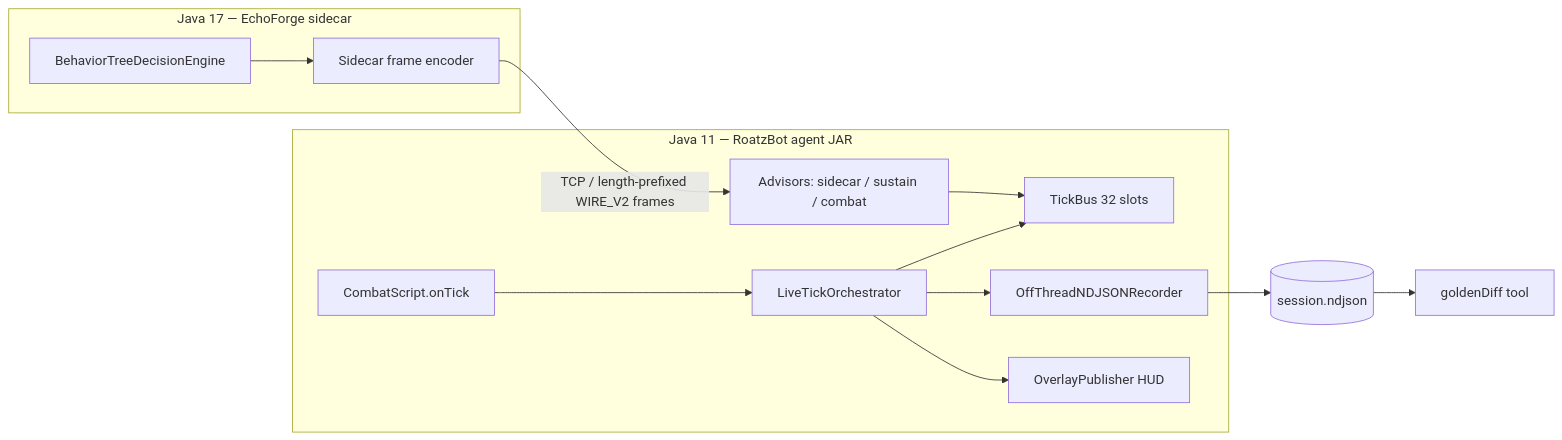
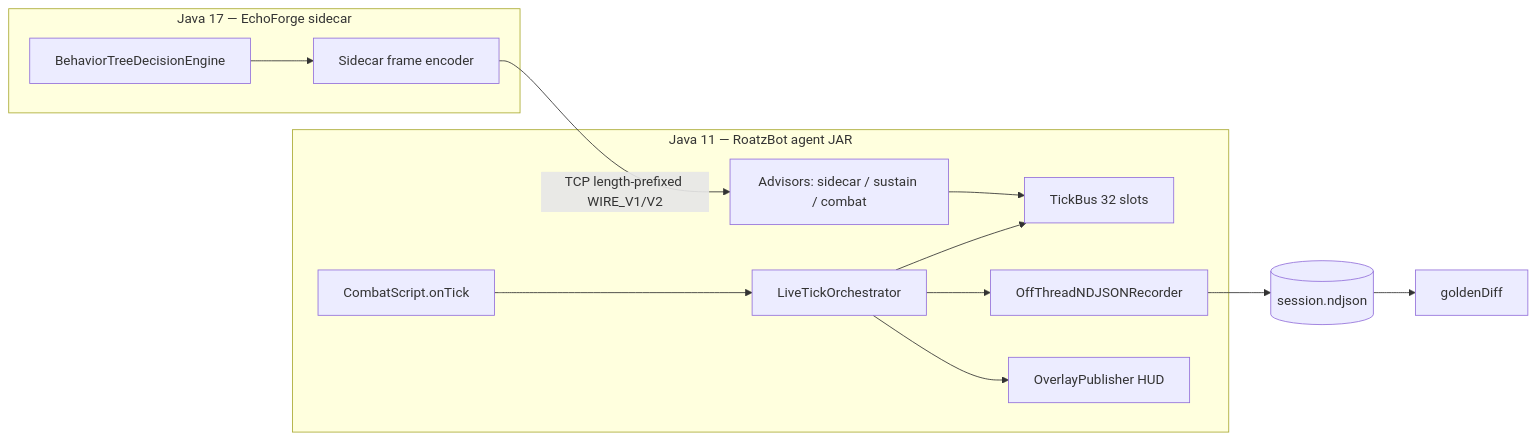
The diagram in docs/roatz-architecture-shareable.md (maxrevenue/maxrevenue), drawn with Mermaid before and after one commit. The commit also changed other lines of this file, not shown here.

Commit message:
Refresh shareable architecture doc for schema v2 and operator gate

````diff
--- a/docs/roatz-architecture-shareable.md
+++ b/docs/roatz-architecture-shareable.md
@@ -25,26 +26,26 @@
 ```mermaid
 flowchart LR
   subgraph J11["Java 11 — RoatzBot agent JAR"]
     CS[CombatScript.onTick]
     TB[LiveTickOrchestrator]
     BUS[TickBus 32 slots]
     ADV[Advisors: sidecar / sustain / combat]
     REC[OffThreadNDJSONRecorder]
     OV[OverlayPublisher HUD]
     CS --> TB
     TB --> BUS
     ADV --> BUS
     TB --> REC
     TB --> OV
   end
 
   subgraph J17["Java 17 — EchoForge sidecar"]
     EF[BehaviorTreeDecisionEngine]
     ENC[Sidecar frame encoder]
     EF --> ENC
   end
 
-  ENC -->|"TCP / length-prefixed WIRE_V2 frames"| ADV
+  ENC -->|"TCP length-prefixed WIRE_V1/V2"| ADV
   REC --> NDJSON[(session.ndjson)]
-  NDJSON --> GD[goldenDiff tool]
+  NDJSON --> GD[goldenDiff]
 ```
````
